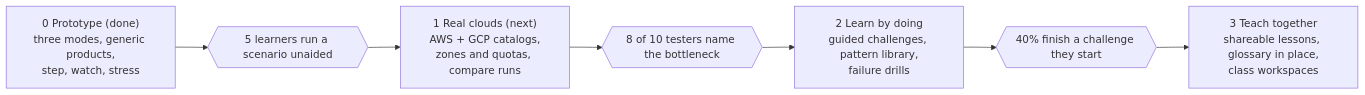
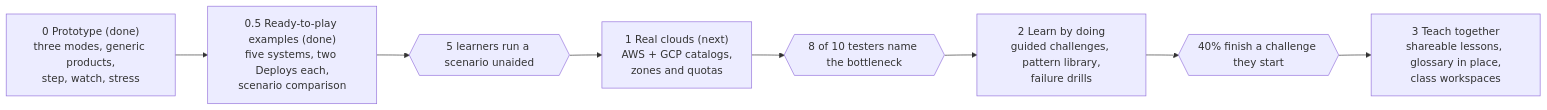
One commit to mtfuller/loadbearing changed the fourth of 4 diagrams in docs/DESIGN.md. Above: the diagram before and after it, drawn with Mermaid. The commit also changed other lines of this file and 23 other files, not shown here.

````diff
--- a/docs/DESIGN.md
+++ b/docs/DESIGN.md
@@ -410,7 +410,8 @@
 ```mermaid
 flowchart LR
-  P0["0 Prototype (done)<br/>three modes, generic products,<br/>step, watch, stress"] --> G1{{5 learners run a scenario unaided}}
-  G1 --> P1["1 Real clouds (next)<br/>AWS + GCP catalogs,<br/>zones and quotas, compare runs"] --> G2{{8 of 10 testers name the bottleneck}}
+  P0["0 Prototype (done)<br/>three modes, generic products,<br/>step, watch, stress"] --> P05["0.5 Ready-to-play examples (done)<br/>five systems, two Deploys each,<br/>scenario comparison"]
+  P05 --> G1{{5 learners run a scenario unaided}}
+  G1 --> P1["1 Real clouds (next)<br/>AWS + GCP catalogs,<br/>zones and quotas"] --> G2{{8 of 10 testers name the bottleneck}}
   G2 --> P2["2 Learn by doing<br/>guided challenges, pattern library,<br/>failure drills"] --> G3{{40% finish a challenge they start}}
   G3 --> P3["3 Teach together<br/>shareable lessons, glossary in place,<br/>class workspaces"]
 ```
````
